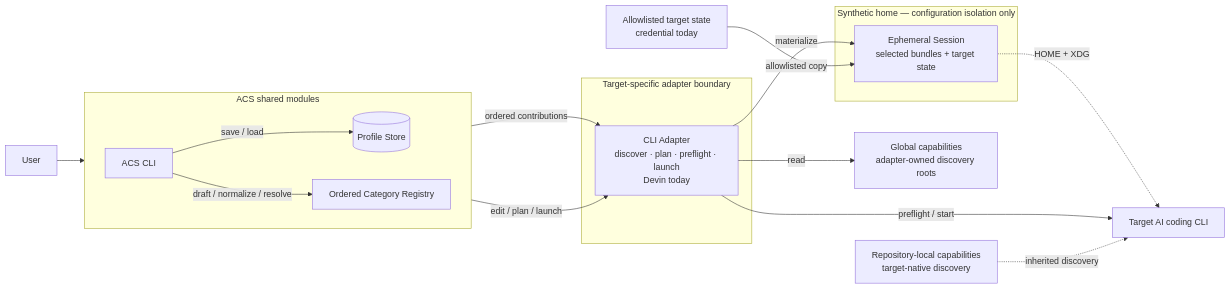
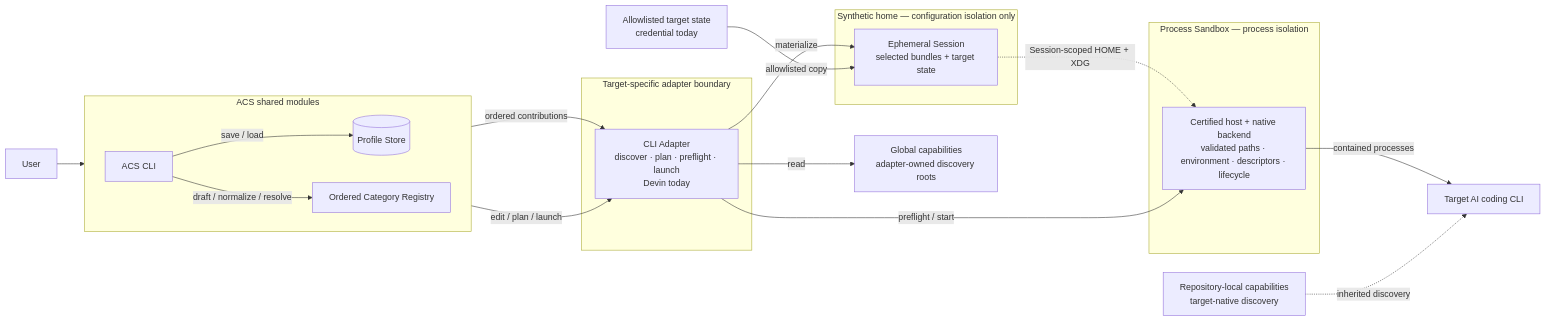
One commit to alcimerio/ai-config-selector changed the first of 2 diagrams in docs/architecture.md. Above: the diagram before and after it, drawn with Mermaid. The commit also changed other lines of this file and 9 other files, not shown here.

Commit message:
docs(release): prepare v0.3.0 process isolation (#71)

````diff
--- a/docs/architecture.md
+++ b/docs/architecture.md
@@ -109,38 +109,43 @@
 ```mermaid
 flowchart LR
     User[User]
 
     subgraph Core[ACS shared modules]
         direction LR
         CLI[ACS CLI]
         Profiles[(Profile Store)]
         Registry[Ordered Category Registry]
 
         CLI -->|save / load| Profiles
         CLI -->|draft / normalize / resolve| Registry
     end
 
     subgraph AdapterBoundary[Target-specific adapter boundary]
         Adapter[CLI Adapter<br/>discover · plan · preflight · launch<br/>Devin today]
     end
 
     Global[Global capabilities<br/>adapter-owned discovery roots]
     Allowed[Allowlisted target state<br/>credential today]
 
     subgraph SessionBoundary[Synthetic home — configuration isolation only]
         Session[Ephemeral Session<br/>selected bundles + target state]
     end
 
+    subgraph ProcessSandbox[Process Sandbox — process isolation]
+        Sandbox[Certified host + native backend<br/>validated paths · environment · descriptors · lifecycle]
+    end
+
     Repository[Repository-local capabilities<br/>target-native discovery]
     Target[Target AI coding CLI]
 
     User --> CLI
     Registry -->|ordered contributions| Adapter
     CLI -->|edit / plan / launch| Adapter
     Adapter -->|read| Global
     Adapter -->|materialize| Session
     Allowed -->|allowlisted copy| Session
-    Session -.->|HOME + XDG| Target
-    Adapter -->|preflight / start| Target
+    Session -.->|Session-scoped HOME + XDG| Sandbox
+    Adapter -->|preflight / start| Sandbox
+    Sandbox -->|contained processes| Target
     Repository -.->|inherited discovery| Target
 ```
````
